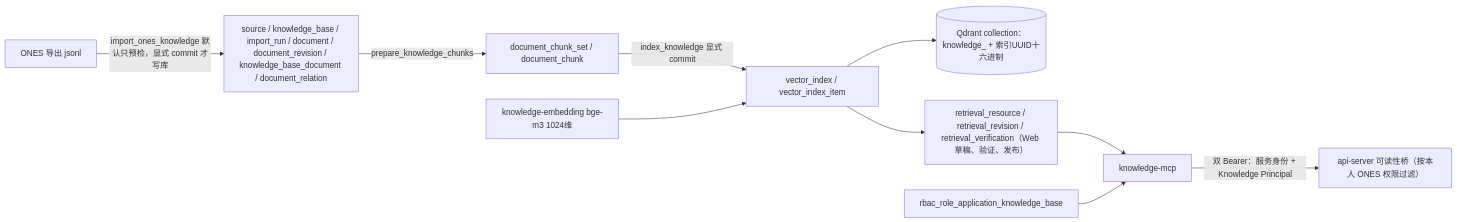
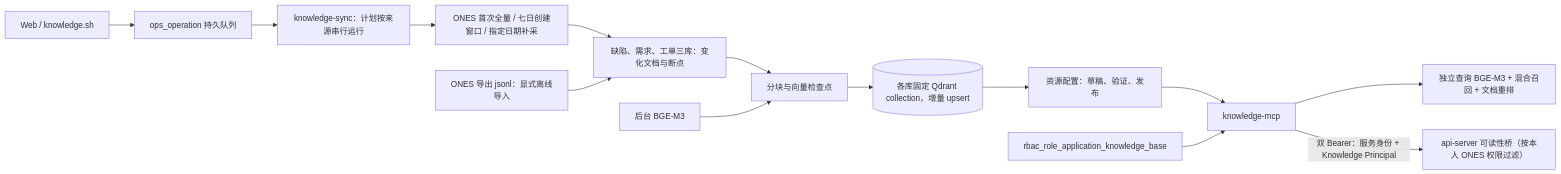
The eighth of 13 diagrams in docs/reference/enterprise-agent-system-design-for-chatgpt.md (zmh117/enterprise_agent), drawn with Mermaid before and after one commit. The commit also changed other lines of this file and 16 other files, not shown here.

````diff
--- a/docs/reference/enterprise-agent-system-design-for-chatgpt.md
+++ b/docs/reference/enterprise-agent-system-design-for-chatgpt.md
@@ -439,12 +446,16 @@
 ```mermaid
 flowchart LR
-  EXP["ONES 导出 jsonl"] -->|"import_ones_knowledge 默认只预检，显式 commit 才写库"| IMP["source / knowledge_base / import_run / document / document_revision / knowledge_base_document / document_relation"]
-  IMP -->|"prepare_knowledge_chunks"| CH["document_chunk_set / document_chunk"]
-  CH -->|"index_knowledge 显式 commit"| VI["vector_index / vector_index_item"]
-  VI --> QD[("Qdrant collection：knowledge_ + 索引UUID十六进制")]
-  EMB["knowledge-embedding bge-m3 1024维"] --> VI
-  VI --> RR["retrieval_resource / retrieval_revision / retrieval_verification（Web 草稿、验证、发布）"]
+  OPS["Web / knowledge.sh"] --> QUEUE["ops_operation 持久队列"]
+  QUEUE --> SYNC["knowledge-sync：计划按来源串行运行"]
+  SYNC --> ONES["ONES 首次全量 / 七日创建窗口 / 指定日期补采"]
+  ONES --> DOC["缺陷、需求、工单三库：变化文档与断点"]
+  EXP["ONES 导出 jsonl：显式离线导入"] --> DOC
+  DOC --> CH["分块与向量检查点"]
+  EMB["后台 BGE-M3"] --> CH
+  CH --> QD[("各库固定 Qdrant collection，增量 upsert")]
+  QD --> RR["资源配置：草稿、验证、发布"]
   RR --> KM["knowledge-mcp"]
+  KM --> QUERY["独立查询 BGE-M3 + 混合召回 + 文档重排"]
   RBAC["rbac_role_application_knowledge_base"] --> KM
   KM -->|"双 Bearer：服务身份 + Knowledge Principal"| BR["api-server 可读性桥（按本人 ONES 权限过滤）"]
 ```
````
